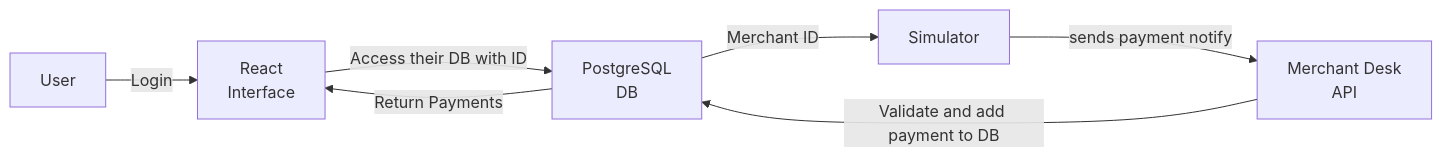
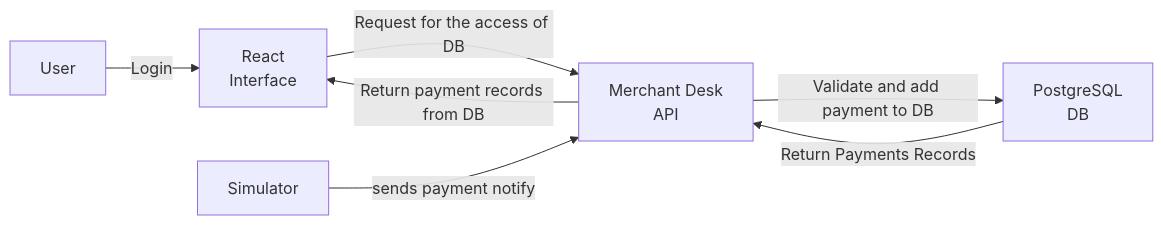
One commit to notg0d/RUSTBRIDGE_SPRINT_1 changed the diagram in students/RB6/week-01/discovery/brief.md. Above: the diagram before and after it, drawn with Mermaid.

Commit message:
correction in fig

````diff
--- a/students/RB6/week-01/discovery/brief.md
+++ b/students/RB6/week-01/discovery/brief.md
@@ -26,15 +26,15 @@
 ```mermaid
 graph LR
     User[User]
     ReactInterface["React \nInterface"]
     PostgreSQL["PostgreSQL \nDB"]
     MerchantAPI["Merchant Desk \nAPI"]
     Simulator["Simulator"]
 
 User-- Login -->ReactInterface
-ReactInterface-- Access their DB with ID -->PostgreSQL
+ReactInterface-- Request for the access of DB  -->MerchantAPI
 MerchantAPI-- Validate and add payment to DB -->PostgreSQL
 Simulator--sends payment notify -->MerchantAPI
-PostgreSQL-- Return Payments -->ReactInterface
-PostgreSQL-- Merchant ID -->Simulator
+PostgreSQL-- Return Payments Records  -->MerchantAPI
+MerchantAPI -- Return payment records from DB -->ReactInterface
 ```
````
